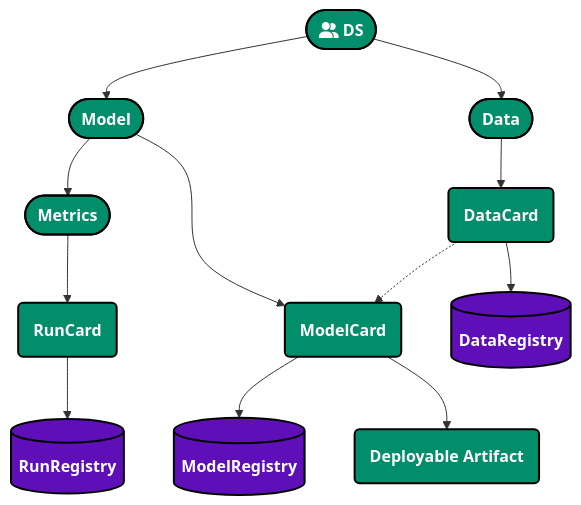
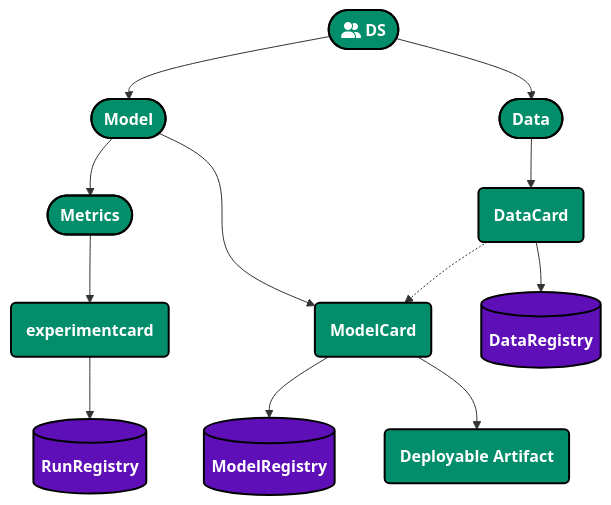
The diagram in docs/docs/cards/overview.md (demml/opsml), drawn with Mermaid before and after one commit. The commit also changed other lines of this file and 60 other files, not shown here.

````diff
--- a/docs/docs/cards/overview.md
+++ b/docs/docs/cards/overview.md
@@ -3,27 +3,27 @@
 ```mermaid
 flowchart TD
 DS(["fa:fa-user-group" DS])
 DS --> Model([Model])
 Model --> Metrics([Metrics])
-Metrics --> RunCard(RunCard)
-RunCard --> RunRegistry[(RunRegistry)]
+Metrics --> experimentcard(experimentcard)
+experimentcard --> RunRegistry[(RunRegistry)]
 Model --> ModelCard(ModelCard)
 ModelCard --> ModelRegistry[(ModelRegistry)]
 ModelCard -->DeployableArtifact(Deployable Artifact)
 DS --> Data([Data])
 Data --> DataCard(DataCard)
 DataCard --> DataRegistry[(DataRegistry)]
 DataCard -.->ModelCard
 
 style DS fill:#028e6b,stroke:black,stroke-width:2px,color:white,font-weight:bolder
 style Model fill:#028e6b,stroke:black,stroke-width:2px,color:white,font-weight:bolder
 style Metrics fill:#028e6b,stroke:black,stroke-width:2px,color:white,font-weight:bolder
 style Data fill:#028e6b,stroke:black,stroke-width:2px,color:white,font-weight:bolder
-style RunCard fill:#028e6b,stroke:black,stroke-width:2px,color:white,font-weight:bolder
+style experimentcard fill:#028e6b,stroke:black,stroke-width:2px,color:white,font-weight:bolder
 style DataCard fill:#028e6b,stroke:black,stroke-width:2px,color:white,font-weight:bolder
 style ModelCard fill:#028e6b,stroke:black,stroke-width:2px,color:white,font-weight:bolder
 style DeployableArtifact fill:#028e6b,stroke:black,stroke-width:2px,color:white,font-weight:bolder
 style RunRegistry fill:#5e0fb7,stroke:black,stroke-width:2px,color:white,font-weight:bolder
 style ModelRegistry fill:#5e0fb7,stroke:black,stroke-width:2px,color:white,font-weight:bolder
 style DataRegistry fill:#5e0fb7,stroke:black,stroke-width:2px,color:white,font-weight:bolder
 ```
````
